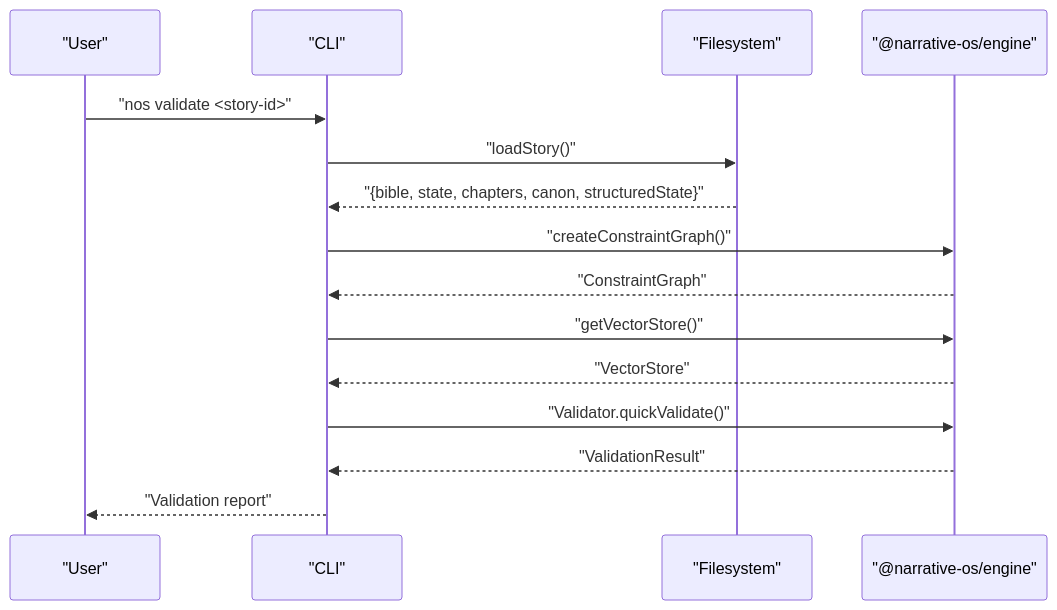
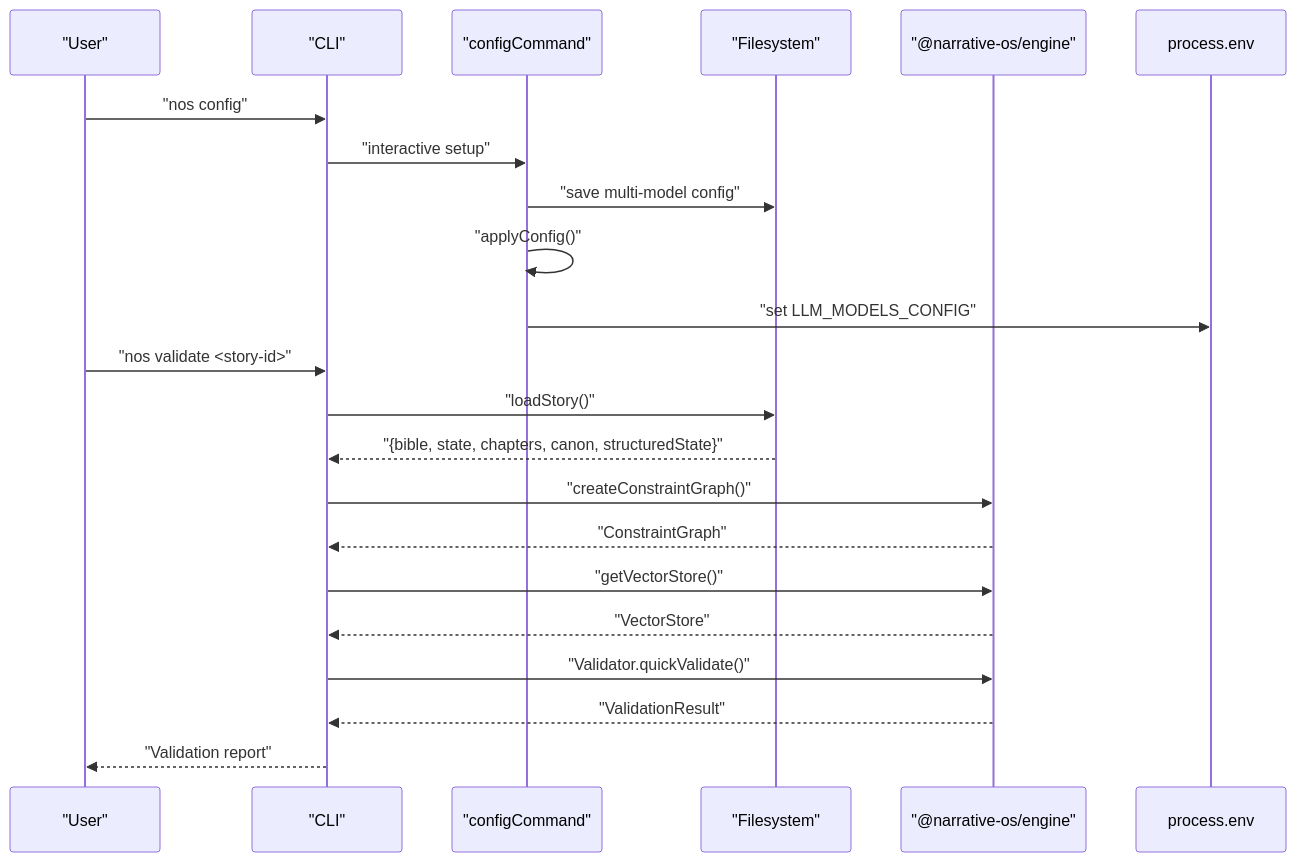
One commit to liwonder/NARRITIVE_OS changed diagram 13 of 14 in .qoder/repowiki/en/content/Engine Architecture/Engine Architecture.md. Above: the diagram before and after it, drawn with Mermaid. The commit also changed other lines of this file and 12 other files, not shown here.

````diff
--- a/.qoder/repowiki/en/content/Engine Architecture/Engine Architecture.md
+++ b/.qoder/repowiki/en/content/Engine Architecture/Engine Architecture.md
@@ -737,17 +783,23 @@
 ```mermaid
 sequenceDiagram
 participant User as "User"
 participant CLI as "CLI"
+participant Config as "configCommand"
 participant FS as "Filesystem"
 participant Engine as "@narrative-os/engine"
+User->>CLI : "nos config"
+CLI->>Config : "interactive setup"
+Config->>FS : "save multi-model config"
+Config->>Config : "applyConfig()"
+Config->>process.env : "set LLM_MODELS_CONFIG"
 User->>CLI : "nos validate <story-id>"
 CLI->>FS : "loadStory()"
 FS-->>CLI : "{bible, state, chapters, canon, structuredState}"
 CLI->>Engine : "createConstraintGraph()"
 Engine-->>CLI : "ConstraintGraph"
 CLI->>Engine : "getVectorStore()"
 Engine-->>CLI : "VectorStore"
 CLI->>Engine : "Validator.quickValidate()"
 Engine-->>CLI : "ValidationResult"
 CLI-->>User : "Validation report"
 ```
````
